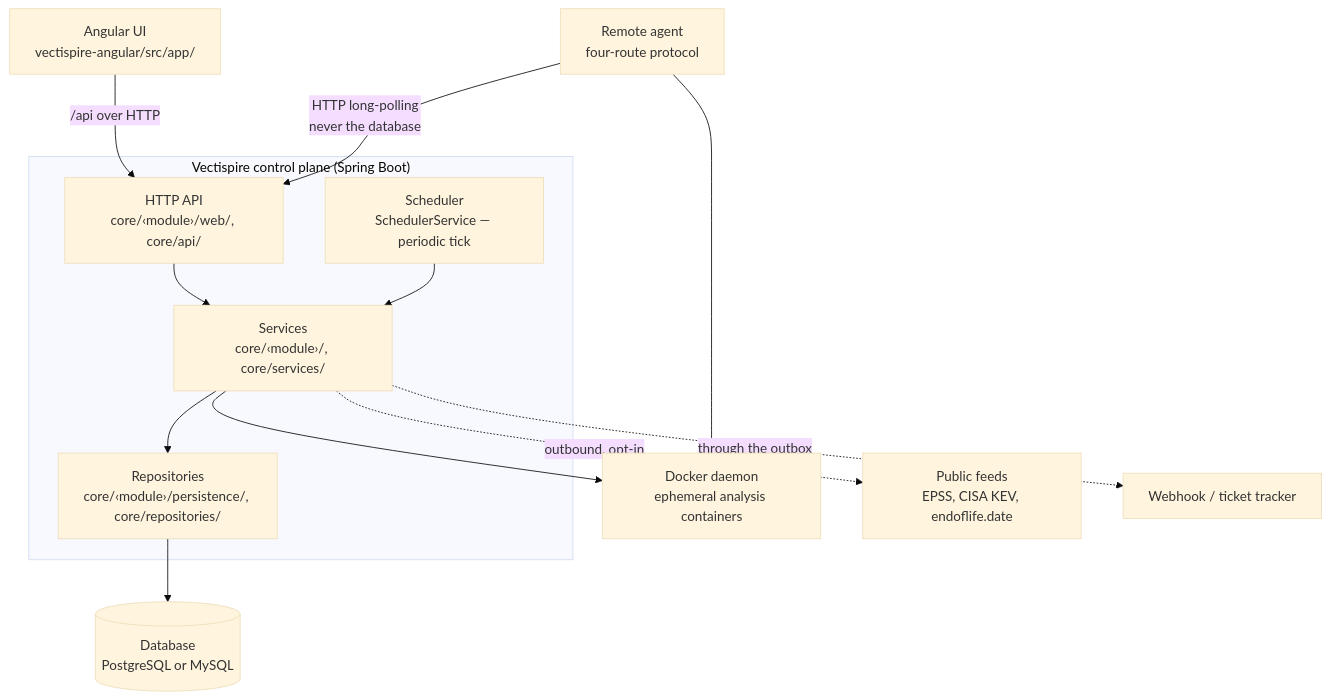
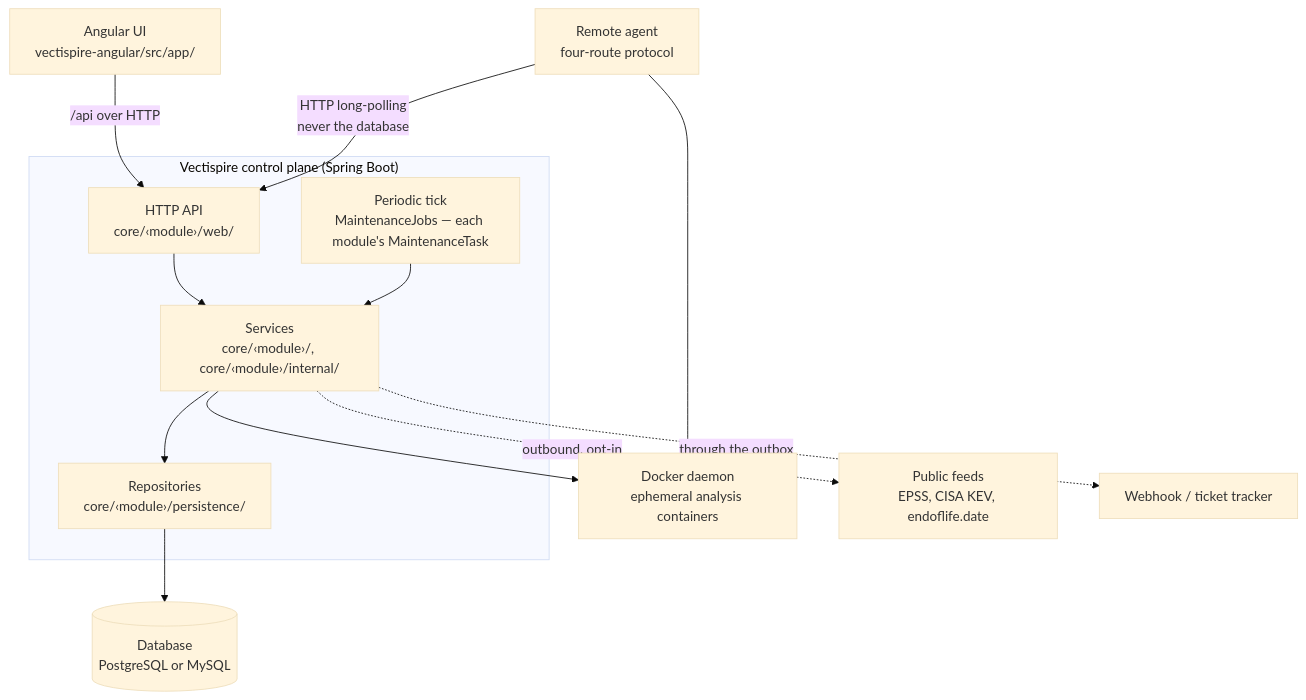
The first of 2 diagrams in docs/architecture/en/01-overview.md (asmolabs/vectispire), drawn with Mermaid (base theme) before and after one commit. The commit also changed other lines of this file and 22 other files, not shown here.

First line of the commit message:
docs(architecture): decision 0029 and the modularity after step 5, in both languages

````diff
--- a/docs/architecture/en/01-overview.md
+++ b/docs/architecture/en/01-overview.md
@@ -42,27 +42,27 @@
 ```mermaid
 flowchart TB
     subgraph proc["Vectispire control plane (Spring Boot)"]
-        API["HTTP API<br/>core/‹module›/web/, core/api/"]
-        SVC["Services<br/>core/‹module›/, core/services/"]
-        REPO["Repositories<br/>core/‹module›/persistence/, core/repositories/"]
-        SCHED["Scheduler<br/>SchedulerService — periodic tick"]
+        API["HTTP API<br/>core/‹module›/web/"]
+        SVC["Services<br/>core/‹module›/, core/‹module›/internal/"]
+        REPO["Repositories<br/>core/‹module›/persistence/"]
+        SCHED["Periodic tick<br/>MaintenanceJobs — each module's MaintenanceTask"]
     end
 
     UI["Angular UI<br/>vectispire-angular/src/app/"]
     DB[("Database<br/>PostgreSQL or MySQL")]
     DOCKER["Docker daemon<br/>ephemeral analysis containers"]
     AGENT["Remote agent<br/>four-route protocol"]
     FEEDS["Public feeds<br/>EPSS, CISA KEV, endoflife.date"]
     HOOK["Webhook / ticket tracker"]
 
     UI -->|"/api over HTTP"| API
     API --> SVC
     SCHED --> SVC
     SVC --> REPO
     REPO --> DB
     SVC --> DOCKER
     SVC -.->|"outbound, opt-in"| FEEDS
     SVC -.->|"through the outbox"| HOOK
     AGENT -->|"HTTP long-polling<br/>never the database"| API
     AGENT --> DOCKER
 ```
````
